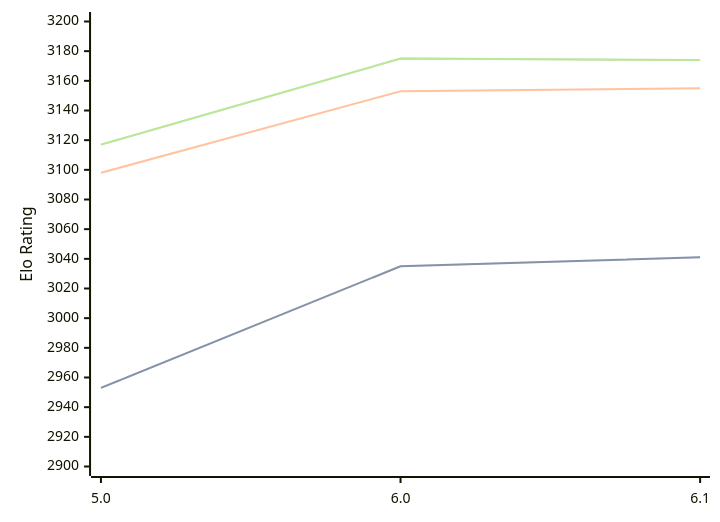
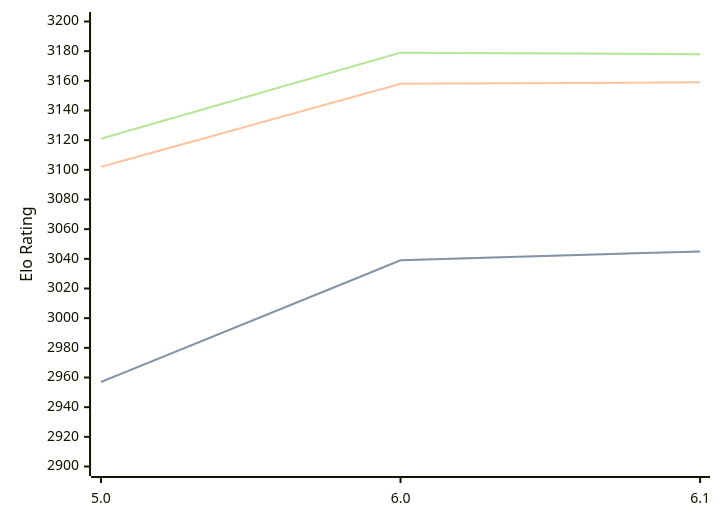
The diagram in engines/Starzix.md (computer-chess-index/cci), drawn with Mermaid before and after one commit. The commit also changed other lines of this file, not shown here.

Commit message:
Update CCI Ratings (ELO VLTC) - 2026-02-24

````diff
--- a/engines/Starzix.md
+++ b/engines/Starzix.md
@@ -34,11 +34,11 @@
 ```mermaid
 %%{init: {"theme":"base","themeVariables":{"seriesColors:['#a3a3a3','#222221','#faa371']}}}%%
 xychart-beta
   x-axis ["5.0", "6.0", "6.1"]
   y-axis "Elo Rating" 2900 --> 3200
-  line "STC (8.0+0.08s)" [2953, 3035, 3041]
-  line "STC (8.0+0.08s)" [2953, 3035, 3041]
-  line "LTC (60.0+0.60s)" [3098, 3153, 3155]
-  line "VLTC (2m24s+1.12s)" [3117, 3175, 3174]
-  line "VLTC (2m24s+1.12s)" [3117, 3175, 3174]
+  line "STC (8.0+0.08s)" [2957, 3039, 3045]
+  line "STC (8.0+0.08s)" [2957, 3039, 3045]
+  line "LTC (60.0+0.60s)" [3102, 3158, 3159]
+  line "VLTC (2m24s+1.12s)" [3121, 3179, 3178]
+  line "VLTC (2m24s+1.12s)" [3121, 3179, 3178]
 ```
````
